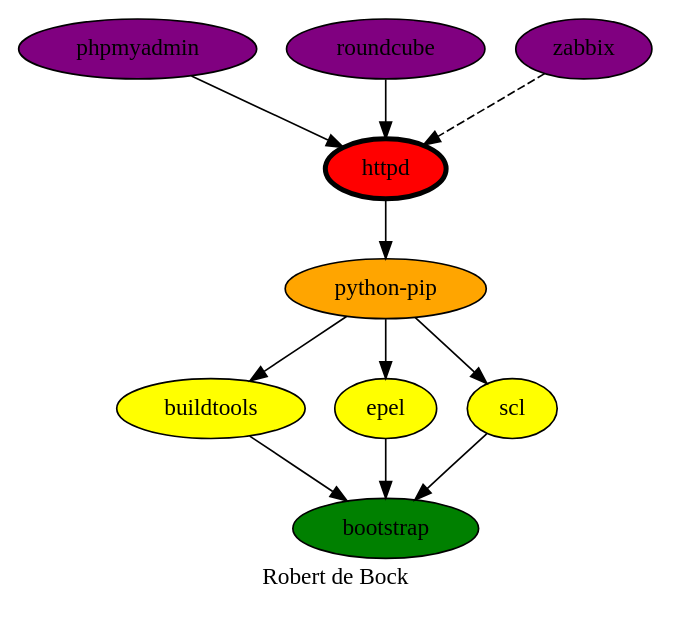
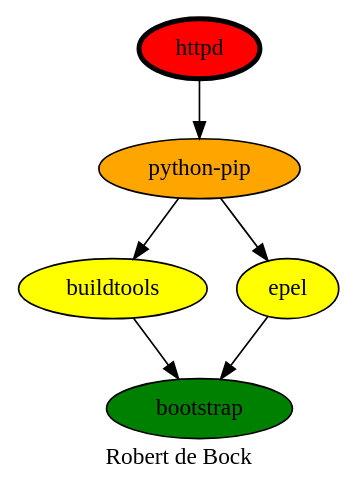
One commit to robertdebock/drawings changed the diagram in httpd.dot. Above: the diagram before and after it, drawn with Graphviz. The commit also changed 6 other files, not shown here.

```diff
--- a/httpd.dot
+++ b/httpd.dot
@@ -1,20 +1,14 @@
 digraph PhiloDilemma {
   label = "Robert de Bock" ;
   overlap=false
   {
     bootstrap [fillcolor=green style=filled]
     buildtools [fillcolor=yellow style=filled]
     epel [fillcolor=yellow style=filled]
-    scl [fillcolor=yellow style=filled]
     "python-pip" [fillcolor=orange style=filled]
     httpd [fillcolor=red style=filled penwidth=3]
-    phpmyadmin [fillcolor=purple style=filled]
-    roundcube [fillcolor=purple style=filled]
-    zabbix [fillcolor=purple style=filled]
   }
-  {buildtools epel scl} -> bootstrap
-  "python-pip" -> {buildtools epel scl}
+  {buildtools epel} -> bootstrap
+  "python-pip" -> {buildtools epel}
   httpd -> "python-pip"
-  {phpmyadmin roundcube} -> httpd
-  zabbix -> httpd [style=dashed]
 }
```
